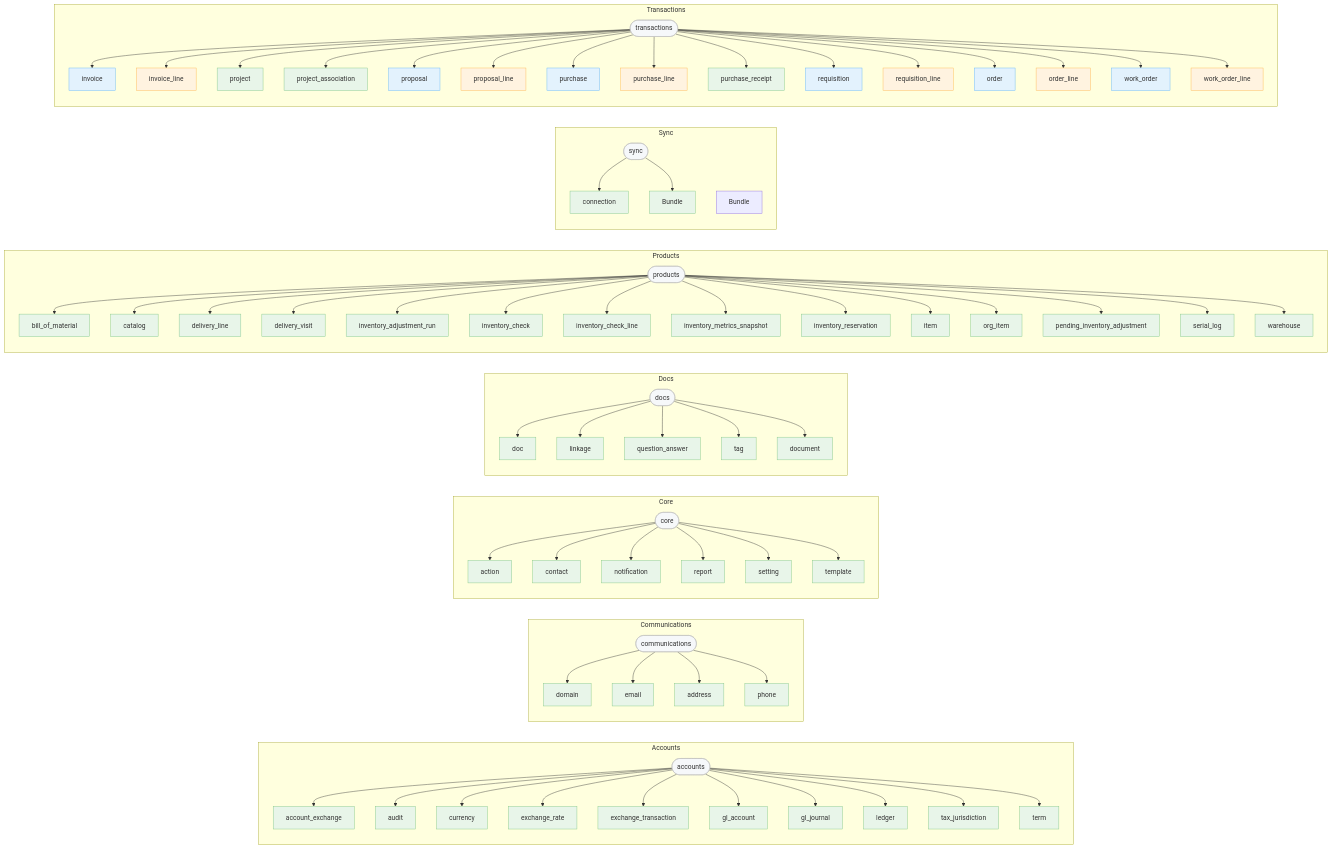
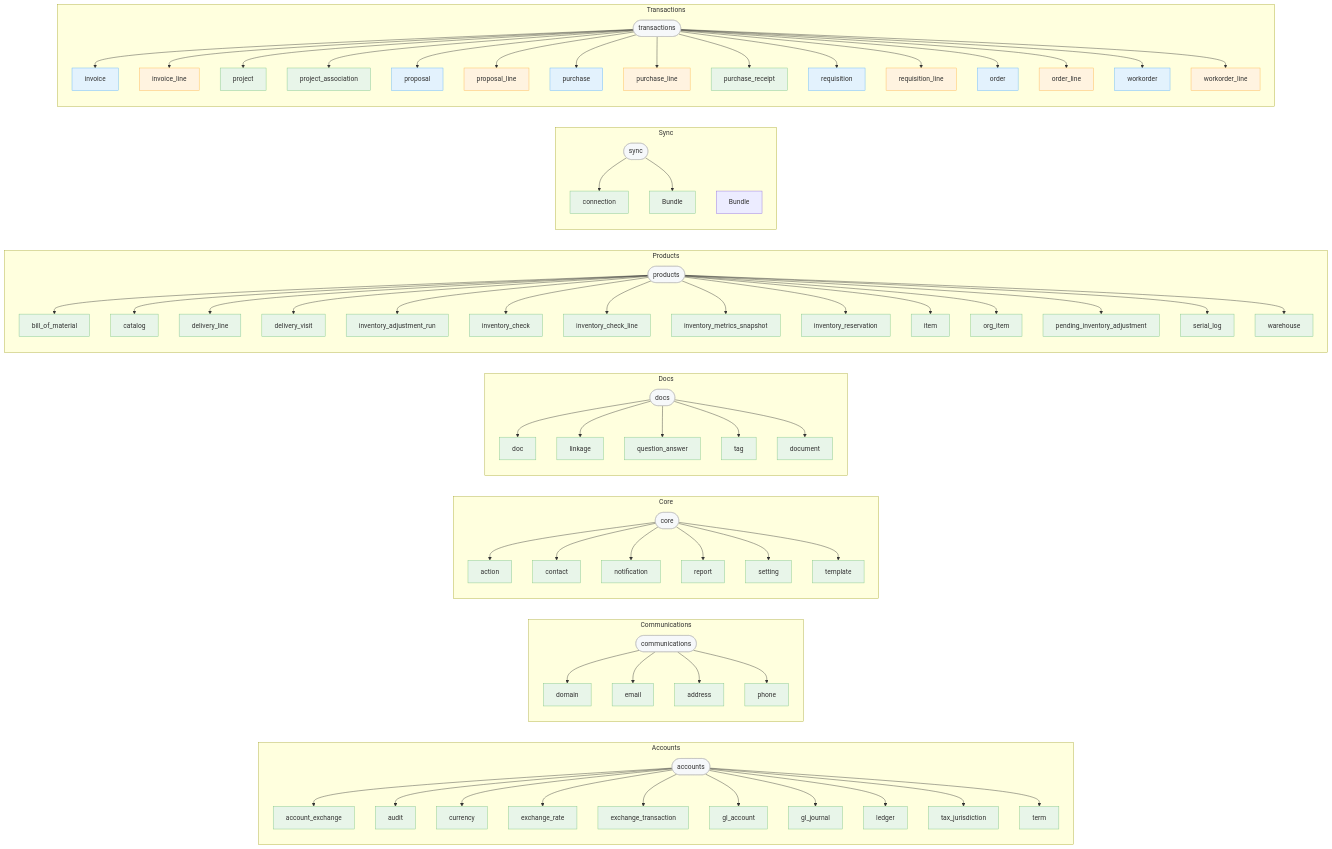
The diagram in backend/readmes/05-model-registry.md (JPods/WebClerk), drawn with Mermaid before and after one commit. The commit also changed other lines of this file and 545 other files, not shown here.

````diff
--- a/backend/readmes/05-model-registry.md
+++ b/backend/readmes/05-model-registry.md
@@ -361,11 +361,11 @@
     order_line["order_line"]
     app_transactions --> order_line
     class order_line line
-    work_order["work_order"]
-    app_transactions --> work_order
-    class work_order header
-    work_order_line["work_order_line"]
-    app_transactions --> work_order_line
-    class work_order_line line
+    workorder["workorder"]
+    app_transactions --> workorder
+    class workorder header
+    workorder_line["workorder_line"]
+    app_transactions --> workorder_line
+    class workorder_line line
   end
 ```
````
